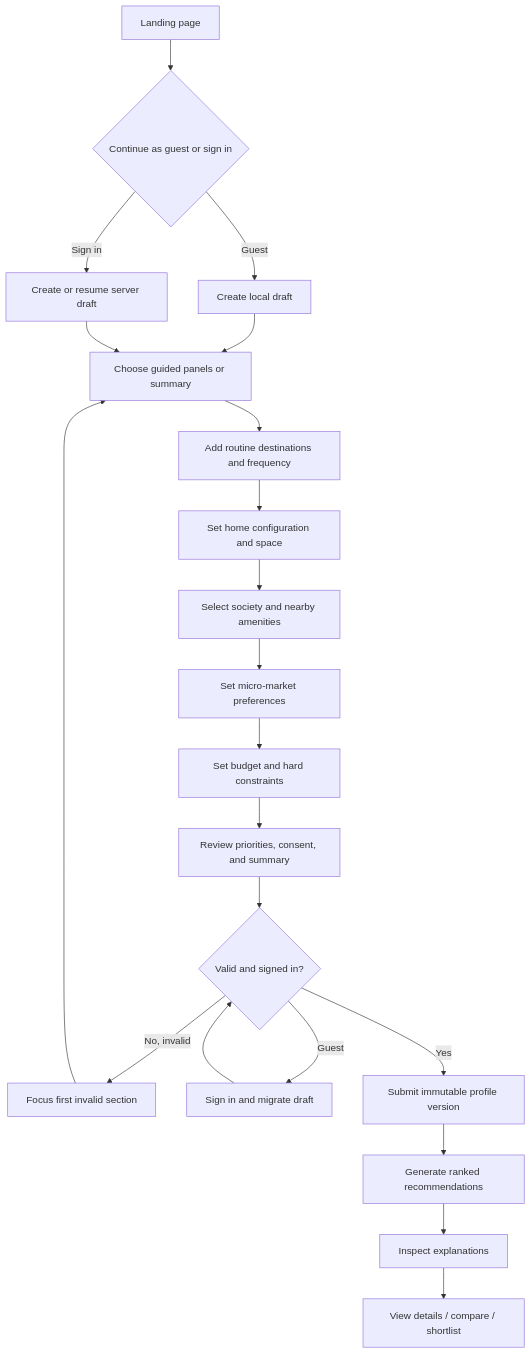
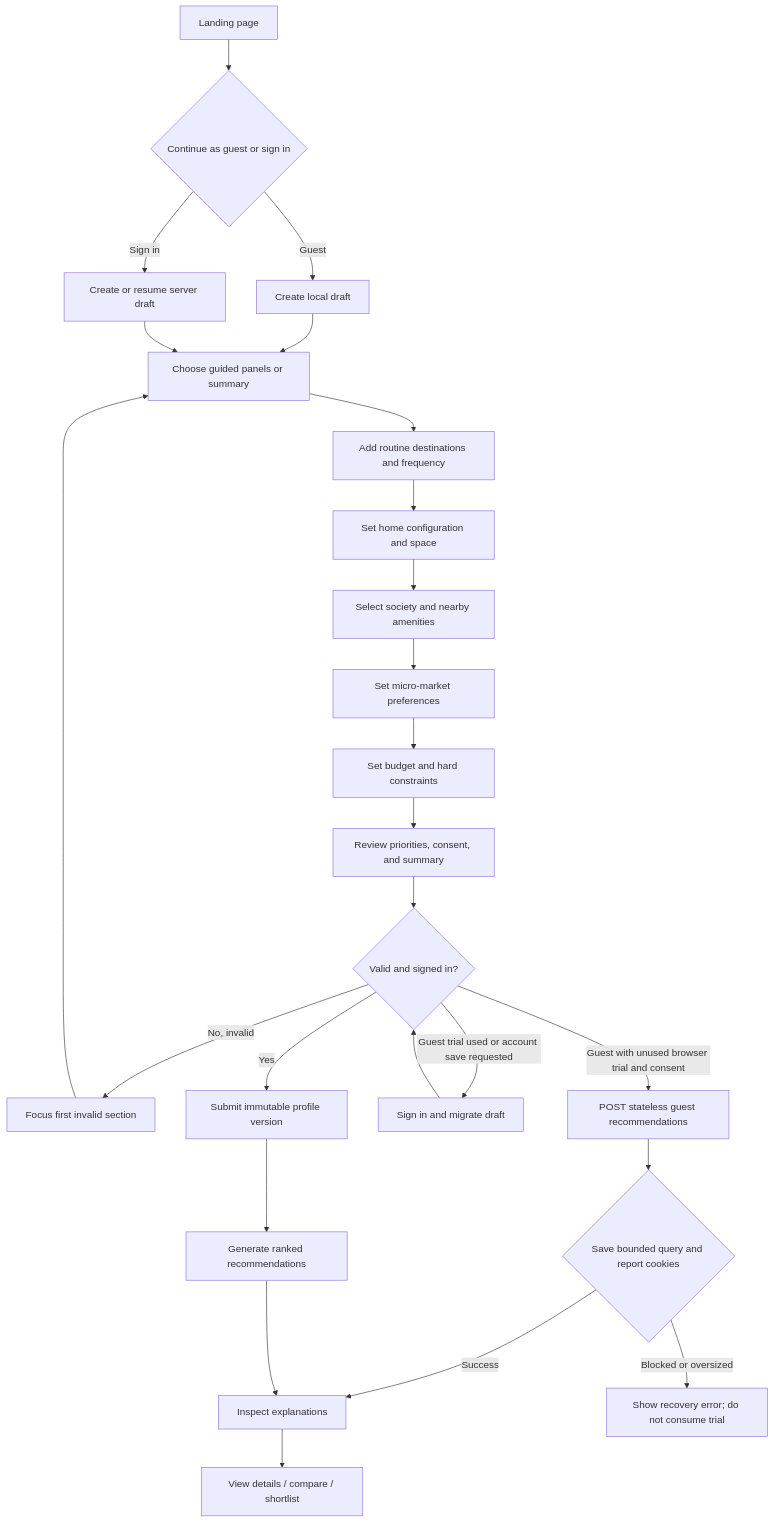
The first of 4 diagrams in docs/04-user-flows.md (Techtesh/reAIlEstate), drawn with Mermaid before and after one commit. The commit also changed other lines of this file and 39 other files, not shown here.

````diff
--- a/docs/04-user-flows.md
+++ b/docs/04-user-flows.md
@@ -5,23 +7,27 @@
 ```mermaid
 flowchart TD
     A[Landing page] --> B{Continue as guest or sign in}
     B -->|Guest| C[Create local draft]
     B -->|Sign in| D[Create or resume server draft]
     C --> E[Choose guided panels or summary]
     D --> E
     E --> F[Add routine destinations and frequency]
     F --> G[Set home configuration and space]
     G --> H[Select society and nearby amenities]
     H --> I[Set micro-market preferences]
     I --> J[Set budget and hard constraints]
     J --> K[Review priorities, consent, and summary]
     K --> L{Valid and signed in?}
     L -->|No, invalid| M[Focus first invalid section]
     M --> E
-    L -->|Guest| N[Sign in and migrate draft]
+    L -->|Guest with unused browser trial and consent| GUEST[POST stateless guest recommendations]
+    GUEST --> COOKIE{Save bounded query and report cookies}
+    COOKIE -->|Success| Q
+    COOKIE -->|Blocked or oversized| RECOVER[Show recovery error; do not consume trial]
+    L -->|Guest trial used or account save requested| N[Sign in and migrate draft]
     N --> L
     L -->|Yes| O[Submit immutable profile version]
     O --> P[Generate ranked recommendations]
     P --> Q[Inspect explanations]
     Q --> R[View details / compare / shortlist]
 ```
````
